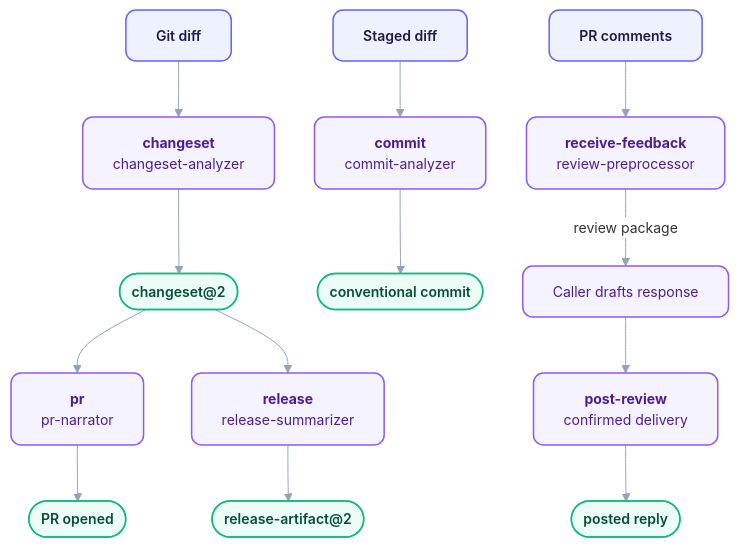
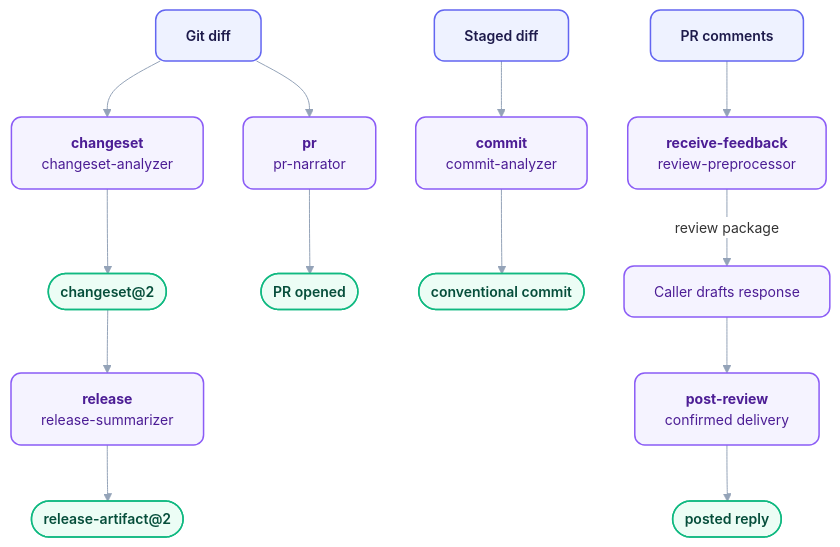
One commit to orin-dx/wisp-plugins changed the diagram in plugins/courier/README.md. Above: the diagram before and after it, drawn with Mermaid. The commit also changed 14 other files, not shown here.

````diff
--- a/plugins/courier/README.md
+++ b/plugins/courier/README.md
@@ -67,20 +67,20 @@
 ```mermaid
 %%{init: {'theme': 'base', 'flowchart': {'curve': 'basis', 'nodeSpacing': 40, 'rankSpacing': 56}, 'themeVariables': {'fontFamily': 'Inter, ui-sans-serif, system-ui, sans-serif', 'fontSize': '14px', 'lineColor': '#94a3b8', 'edgeLabelBackground': '#ffffff'}}}%%
 flowchart TD
     classDef source fill:#eef2ff,stroke:#6366f1,stroke-width:1.5px,color:#1e1b4b,rx:10px,ry:10px,font-weight:600;
     classDef engine fill:#f5f3ff,stroke:#8b5cf6,stroke-width:1.5px,color:#4c1d95,rx:10px,ry:10px;
     classDef output fill:#ecfdf5,stroke:#10b981,stroke-width:1.5px,color:#064e3b,rx:10px,ry:10px,font-weight:600;
 
     Diff["Git diff"] --> Changeset["<b>changeset</b><br/>changeset-analyzer"] --> CS(["changeset@2"])
-    CS --> PR["<b>pr</b><br/>pr-narrator"] --> PROut(["PR opened"])
+    Diff --> PR["<b>pr</b><br/>pr-narrator"] --> PROut(["PR opened"])
     CS --> Release["<b>release</b><br/>release-summarizer"] --> RelOut(["release-artifact@2"])
 
     Staged["Staged diff"] --> Commit["<b>commit</b><br/>commit-analyzer"] --> CommitOut(["conventional commit"])
 
     Comments["PR comments"] --> Receive["<b>receive-feedback</b><br/>review-preprocessor"]
     Receive -->|"review package"| Draft["Caller drafts response"] --> Post["<b>post-review</b><br/>confirmed delivery"] --> Reply(["posted reply"])
 
     class Diff,Staged,Comments source
     class Changeset,PR,Release,Commit,Receive,Draft,Post engine
     class CS,PROut,RelOut,CommitOut,Reply output
 ```
````
